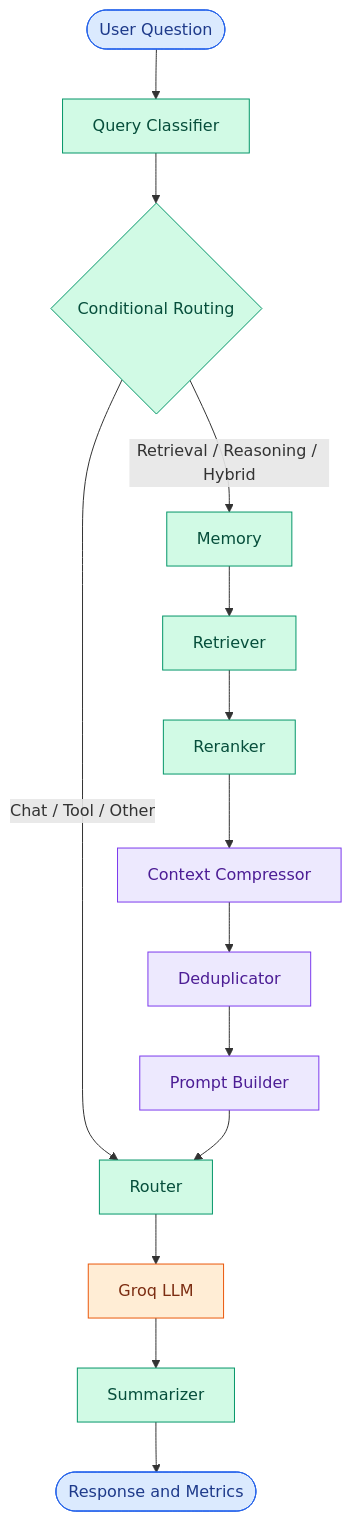
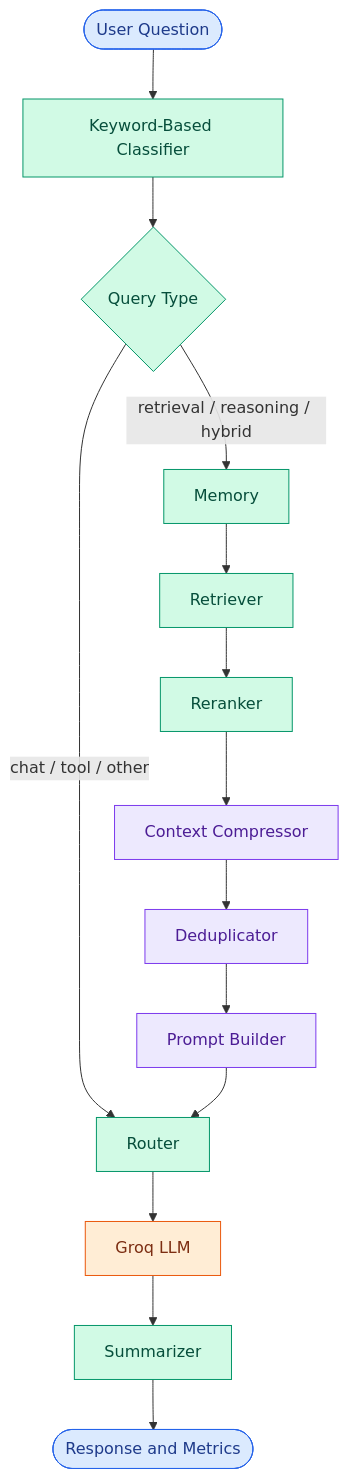
Before and after one commit to maahii-in/token-cost-cutting: the diagram in README.md, drawn with Mermaid. The commit also changed other lines of this file, not shown here.

````diff
--- a/README.md
+++ b/README.md
@@ -197,30 +198,29 @@
 ```mermaid
 flowchart TD
-    START([User Question]) --> CLASSIFIER[Query Classifier]
+    A([User Question]) --> B[Keyword-Based Classifier]
+    B --> C{Query Type}
 
-    CLASSIFIER --> ROUTE{Conditional Routing}
+    C -->|chat / tool / other| H[Router]
+    C -->|retrieval / reasoning / hybrid| D[Memory]
 
-    ROUTE -->|Chat / Tool / Other| ROUTER[Router]
-    ROUTE -->|Retrieval / Reasoning / Hybrid| MEMORY[Memory]
+    D --> E[Retriever]
+    E --> F[Reranker]
+    F --> G[Context Compressor]
+    G --> I[Deduplicator]
+    I --> J[Prompt Builder]
 
-    MEMORY --> RETRIEVER[Retriever]
-    RETRIEVER --> RERANKER[Reranker]
-    RERANKER --> COMPRESSOR[Context Compressor]
-    COMPRESSOR --> DEDUP[Deduplicator]
-    DEDUP --> PROMPT[Prompt Builder]
-
-    PROMPT --> ROUTER
-    ROUTER --> LLM[Groq LLM]
-    LLM --> SUMMARIZER[Summarizer]
-    SUMMARIZER --> FINISH([Response and Metrics])
+    J --> H
+    H --> K[Groq LLM]
+    K --> L[Summarizer]
+    L --> M([Response and Metrics])
 
     classDef entry fill:#DBEAFE,stroke:#2563EB,color:#1E3A8A
     classDef process fill:#D1FAE5,stroke:#059669,color:#064E3B
     classDef optimize fill:#EDE9FE,stroke:#7C3AED,color:#4C1D95
-    classDef generate fill:#FFEDD5,stroke:#EA580C,color:#7C2D12
+    classDef generation fill:#FFEDD5,stroke:#EA580C,color:#7C2D12
 
-    class START,FINISH entry
-    class CLASSIFIER,ROUTE,MEMORY,RETRIEVER,RERANKER,ROUTER,SUMMARIZER process
-    class COMPRESSOR,DEDUP,PROMPT optimize
-    class LLM generate
+    class A,M entry
+    class B,C,D,E,F,H,L process
+    class G,I,J optimize
+    class K generation
 ```
````
